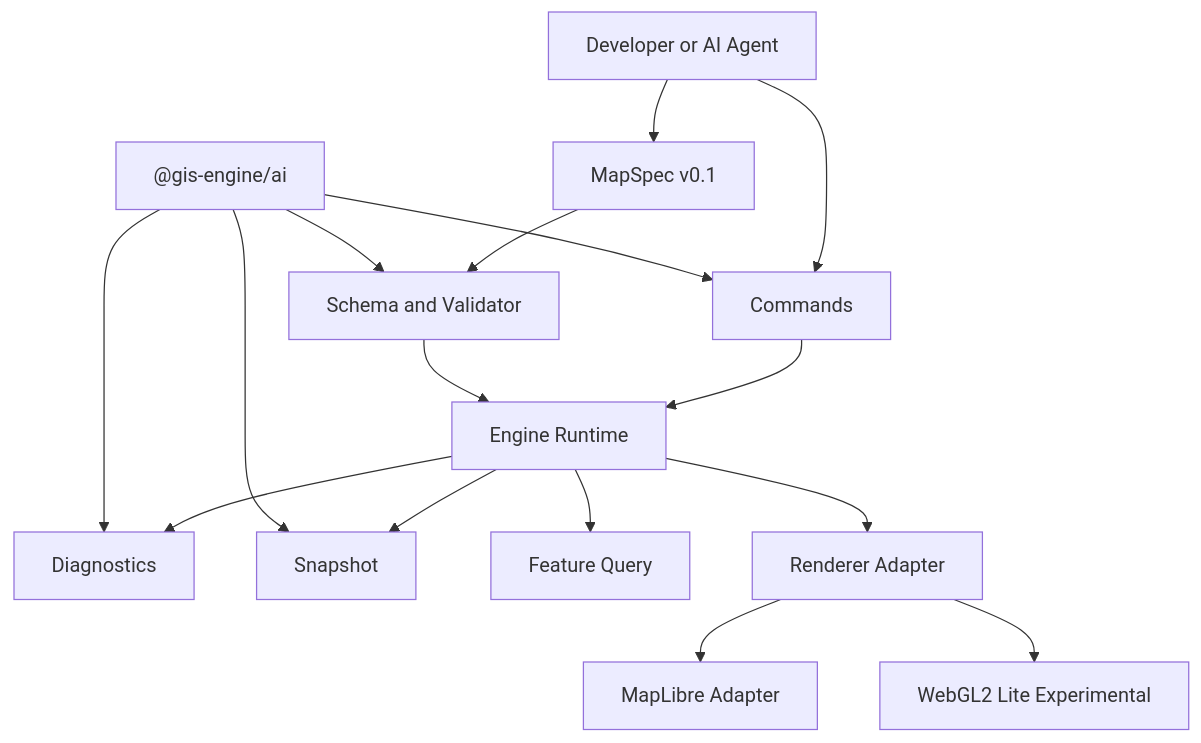
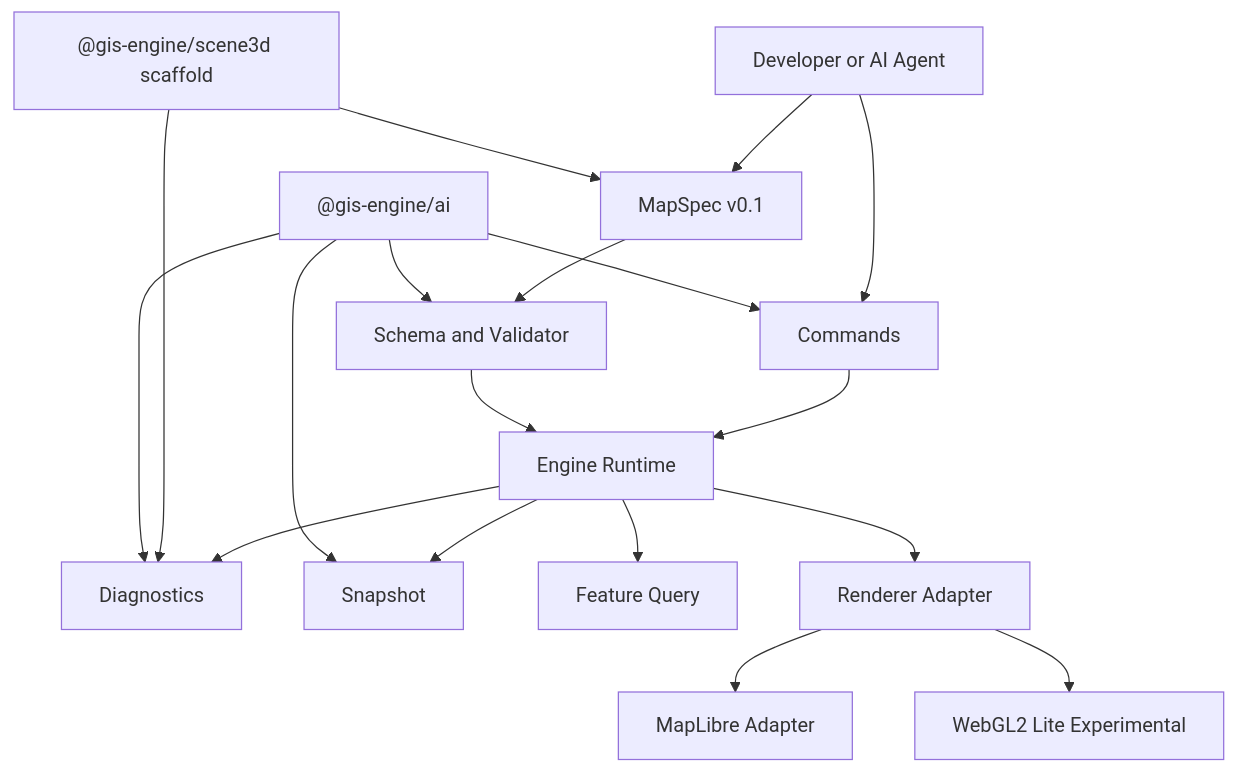
The diagram in docs/architecture/core-framework.md (HYNCM/gis-engine), drawn with Mermaid before and after one commit. The commit also changed other lines of this file and 21 other files, not shown here.

````diff
--- a/docs/architecture/core-framework.md
+++ b/docs/architecture/core-framework.md
@@ -72,18 +75,20 @@
 ```mermaid
 flowchart TD
   User["Developer or AI Agent"] --> Spec["MapSpec v0.1"]
   User --> Commands["Commands"]
   Spec --> Validator["Schema and Validator"]
   Commands --> Runtime["Engine Runtime"]
   Validator --> Runtime
   Runtime --> Diagnostics["Diagnostics"]
   Runtime --> Snapshot["Snapshot"]
   Runtime --> Query["Feature Query"]
   Runtime --> RendererAdapter["Renderer Adapter"]
   RendererAdapter --> MapLibre["MapLibre Adapter"]
   RendererAdapter --> WebGL2Lite["WebGL2 Lite Experimental"]
+  Scene3D["@gis-engine/scene3d scaffold"] --> Spec
+  Scene3D --> Diagnostics
   AI["@gis-engine/ai"] --> Validator
   AI --> Commands
   AI --> Diagnostics
   AI --> Snapshot
 ```
````
